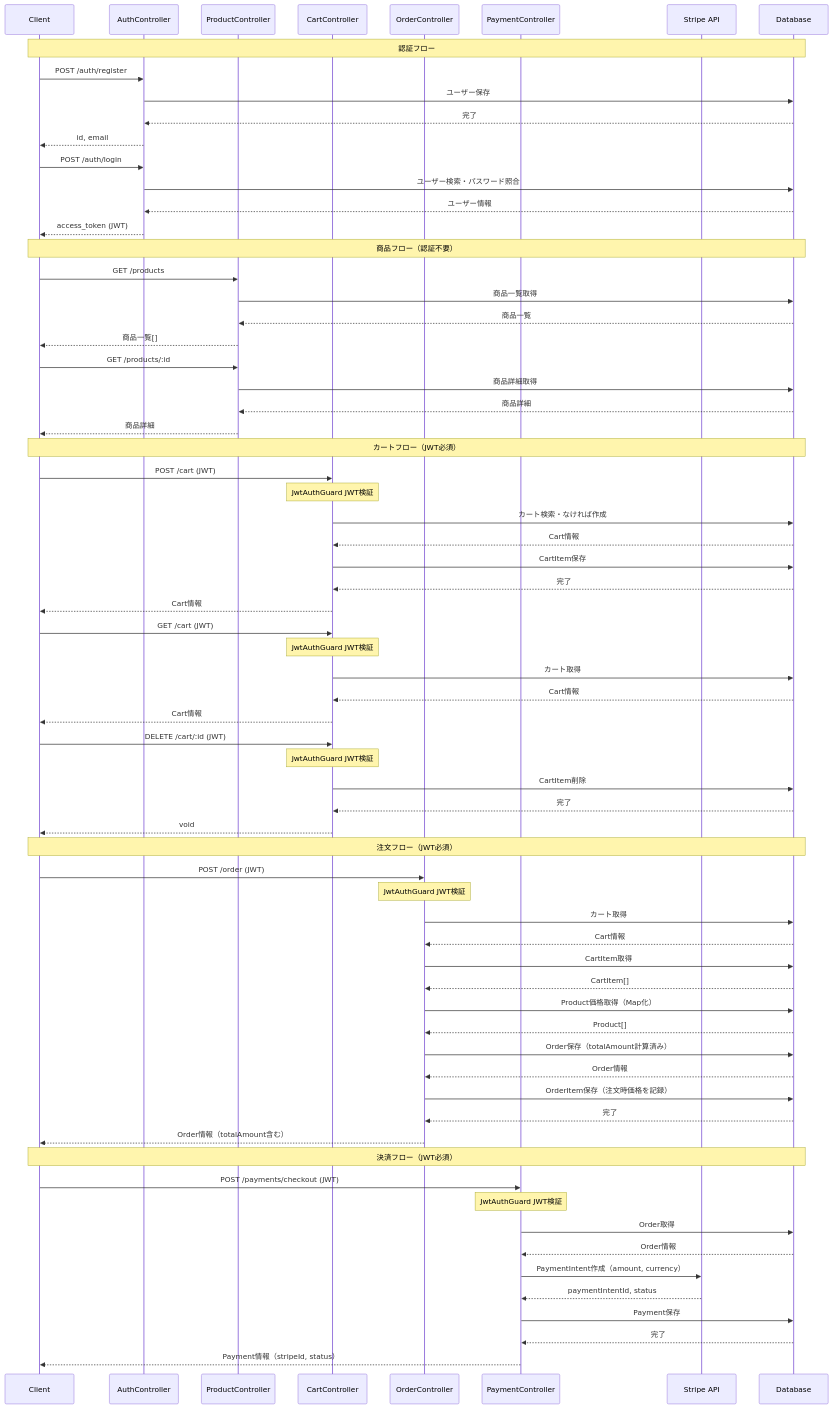
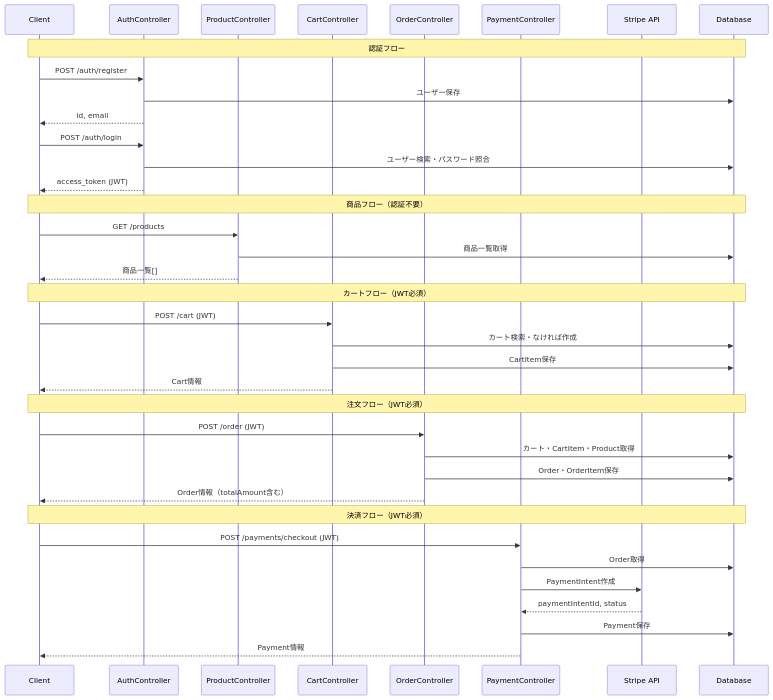
Before and after one commit to YasuGoto/cart_backend: the diagram in README.md, drawn with Mermaid. The commit also changed other lines of this file, not shown here.

````diff
--- a/README.md
+++ b/README.md
@@ -10,76 +54,36 @@
   participant DB as Database
 
   Note over C,DB: 認証フロー
-
   C->>Auth: POST /auth/register
   Auth->>DB: ユーザー保存
-  DB-->>Auth: 完了
   Auth-->>C: id, email
 
   C->>Auth: POST /auth/login
   Auth->>DB: ユーザー検索・パスワード照合
-  DB-->>Auth: ユーザー情報
   Auth-->>C: access_token (JWT)
 
   Note over C,DB: 商品フロー（認証不要）
-
   C->>Product: GET /products
   Product->>DB: 商品一覧取得
-  DB-->>Product: 商品一覧
   Product-->>C: 商品一覧[]
 
-  C->>Product: GET /products/:id
-  Product->>DB: 商品詳細取得
-  DB-->>Product: 商品詳細
-  Product-->>C: 商品詳細
-
   Note over C,DB: カートフロー（JWT必須）
-
   C->>Cart: POST /cart (JWT)
-  Note over Cart: JwtAuthGuard JWT検証
   Cart->>DB: カート検索・なければ作成
-  DB-->>Cart: Cart情報
   Cart->>DB: CartItem保存
-  DB-->>Cart: 完了
   Cart-->>C: Cart情報
 
-  C->>Cart: GET /cart (JWT)
-  Note over Cart: JwtAuthGuard JWT検証
-  Cart->>DB: カート取得
-  DB-->>Cart: Cart情報
-  Cart-->>C: Cart情報
-
-  C->>Cart: DELETE /cart/:id (JWT)
-  Note over Cart: JwtAuthGuard JWT検証
-  Cart->>DB: CartItem削除
-  DB-->>Cart: 完了
-  Cart-->>C: void
-
   Note over C,DB: 注文フロー（JWT必須）
-
   C->>Order: POST /order (JWT)
-  Note over Order: JwtAuthGuard JWT検証
-  Order->>DB: カート取得
-  DB-->>Order: Cart情報
-  Order->>DB: CartItem取得
-  DB-->>Order: CartItem[]
-  Order->>DB: Product価格取得（Map化）
-  DB-->>Order: Product[]
-  Order->>DB: Order保存（totalAmount計算済み）
-  DB-->>Order: Order情報
-  Order->>DB: OrderItem保存（注文時価格を記録）
-  DB-->>Order: 完了
+  Order->>DB: カート・CartItem・Product取得
+  Order->>DB: Order・OrderItem保存
   Order-->>C: Order情報（totalAmount含む）
 
   Note over C,DB: 決済フロー（JWT必須）
-
   C->>Payment: POST /payments/checkout (JWT)
-  Note over Payment: JwtAuthGuard JWT検証
   Payment->>DB: Order取得
-  DB-->>Payment: Order情報
-  Payment->>Stripe: PaymentIntent作成（amount, currency）
+  Payment->>Stripe: PaymentIntent作成
   Stripe-->>Payment: paymentIntentId, status
   Payment->>DB: Payment保存
-  DB-->>Payment: 完了
-  Payment-->>C: Payment情報（stripeId, status）
+  Payment-->>C: Payment情報
 ```
````
